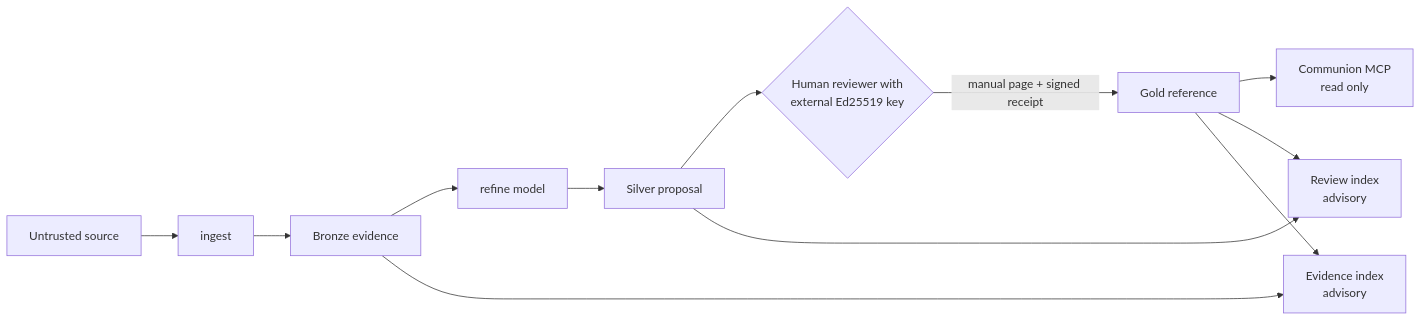
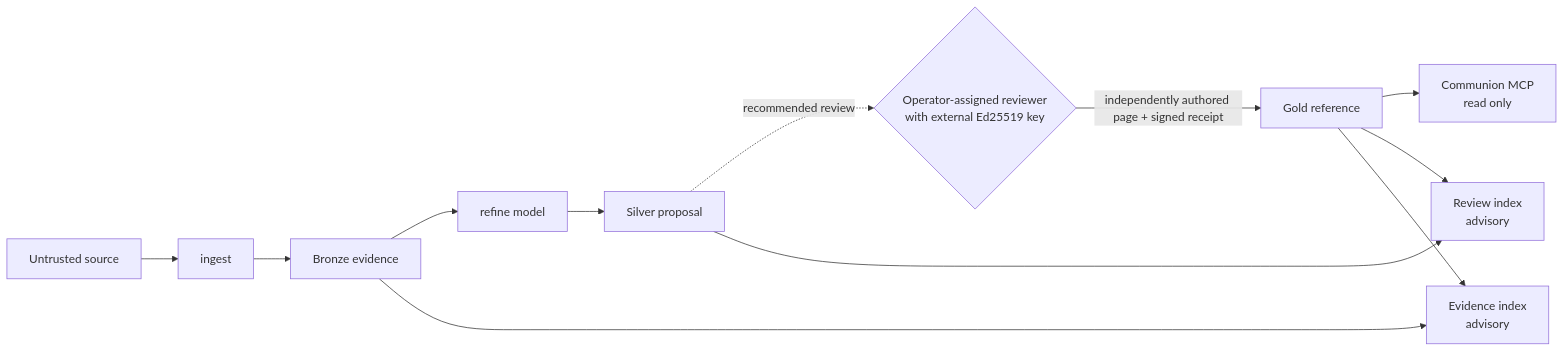
One commit to patschmittdev/Ziggurat changed the diagram in README.md. Above: the diagram before and after it, drawn with Mermaid. The commit also changed other lines of this file and 54 other files, not shown here.

````diff
--- a/README.md
+++ b/README.md
@@ -40,14 +44,14 @@
 ```mermaid
 flowchart LR
     U[Untrusted source] --> I[ingest]
     I --> B[Bronze evidence]
     B --> R[refine model]
     R --> S[Silver proposal]
-    S --> H{Human reviewer with\nexternal Ed25519 key}
-    H -->|manual page + signed receipt| G[Gold reference]
+    S -. recommended review .-> H{Operator-assigned reviewer\nwith external Ed25519 key}
+    H -->|independently authored page + signed receipt| G[Gold reference]
     G --> C[Communion MCP\nread only]
     B --> E[Evidence index\nadvisory]
     S --> V[Review index\nadvisory]
     G --> V
     G --> E
 ```
````
